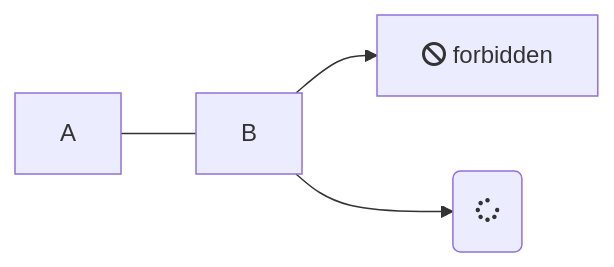
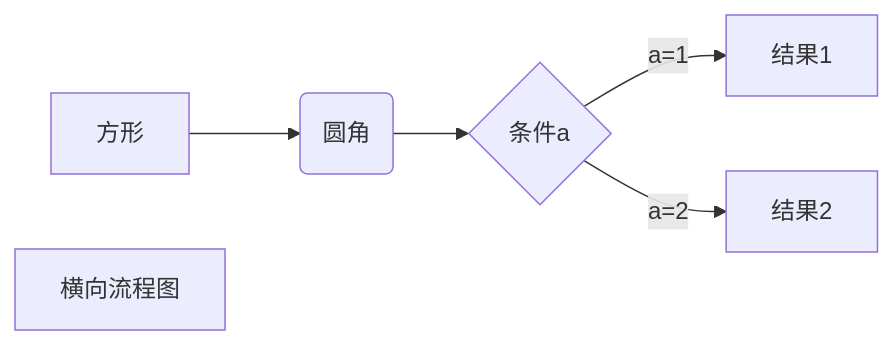
Before and after one commit to Lxzz24/Repo: the first of 4 diagrams in 3-Note/mermaid.md, drawn with Mermaid. The commit also changed other lines of this file and 4 other files, not shown here.

````diff
--- a/3-Note/mermaid.md
+++ b/3-Note/mermaid.md
@@ -7,6 +22,8 @@
 ```mermaid
 graph LR
-    A --- B
-    B-->C[fa:fa-ban forbidden]
-    B-->D(fa:fa-spinner);
+    A[方形] -->B(圆角)
+    B --> C{条件a}
+    C -->|a=1| D[结果1]
+    C -->|a=2| E[结果2]
+    F[横向流程图]
 ```
````
